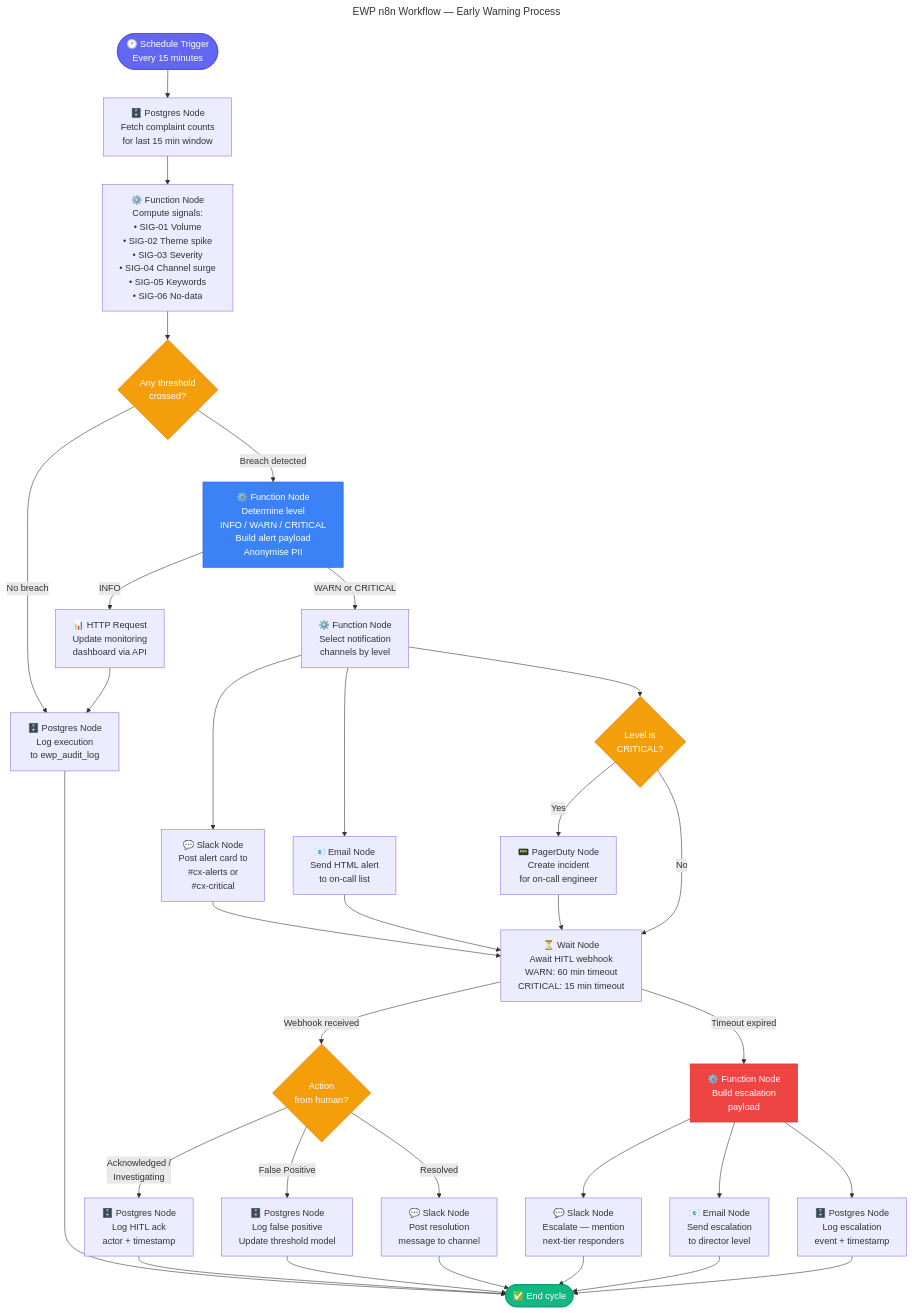
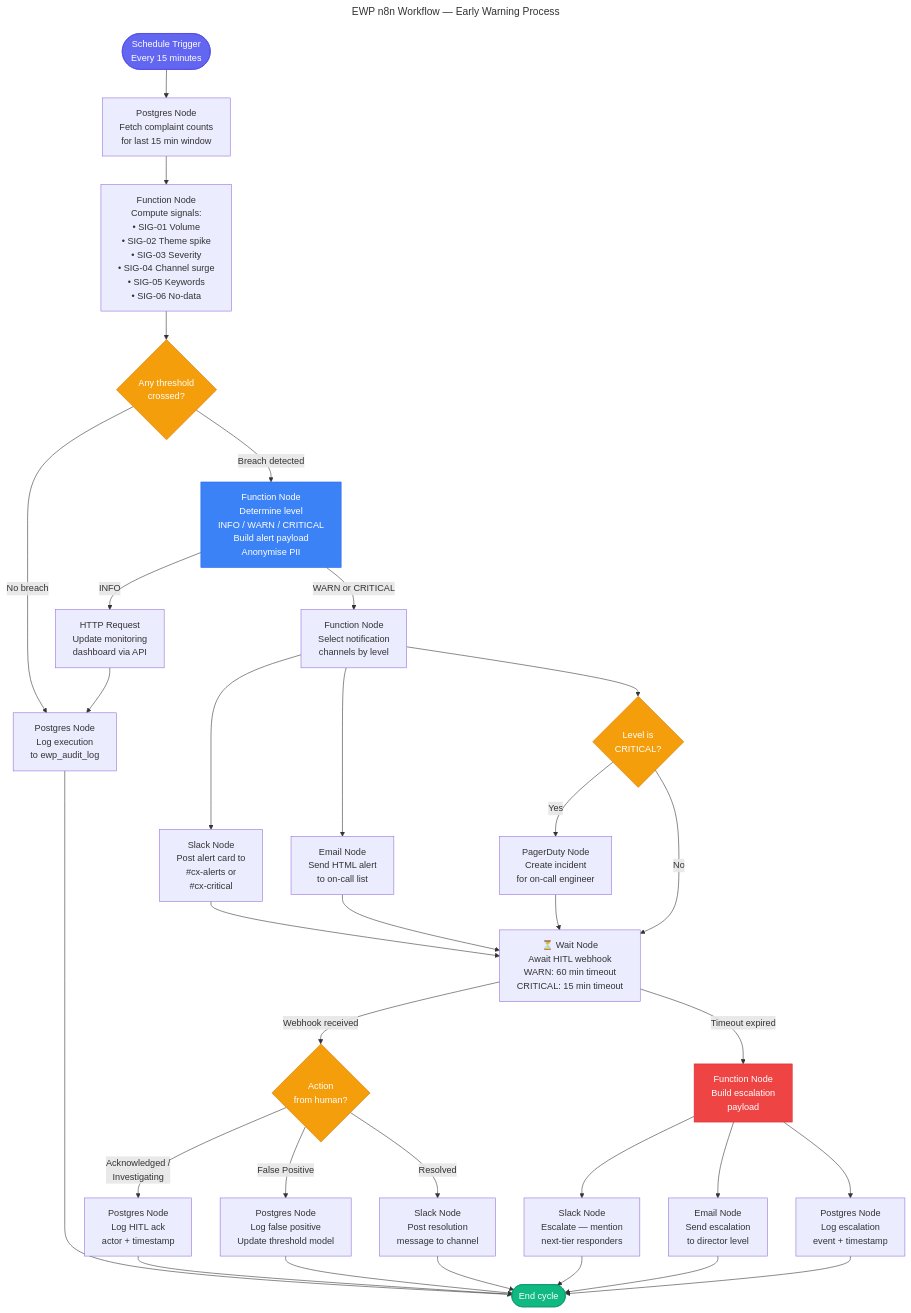
Before and after one commit to jk021227/cx-case-study: the diagram in 3_ewp_n8n_design/ewp_workflow.mmd, drawn with Mermaid. The commit also changed 11414 other files, not shown here.

```diff
--- a/3_ewp_n8n_design/ewp_workflow.mmd
+++ b/3_ewp_n8n_design/ewp_workflow.mmd
@@ -1,57 +1,57 @@
 ---
 title: EWP n8n Workflow — Early Warning Process
 ---
 flowchart TD
-    A([🕐 Schedule Trigger\nEvery 15 minutes]) --> B
+    A([Schedule Trigger\nEvery 15 minutes]) --> B
 
-    B[🗄️ Postgres Node\nFetch complaint counts\nfor last 15 min window] --> C
+    B[Postgres Node\nFetch complaint counts\nfor last 15 min window] --> C
 
-    C[⚙️ Function Node\nCompute signals:\n• SIG-01 Volume\n• SIG-02 Theme spike\n• SIG-03 Severity\n• SIG-04 Channel surge\n• SIG-05 Keywords\n• SIG-06 No-data] --> D
+    C[Function Node\nCompute signals:\n• SIG-01 Volume\n• SIG-02 Theme spike\n• SIG-03 Severity\n• SIG-04 Channel surge\n• SIG-05 Keywords\n• SIG-06 No-data] --> D
 
     D{Any threshold\ncrossed?}
 
-    D -- No breach --> E[🗄️ Postgres Node\nLog execution\nto ewp_audit_log]
-    E --> Z([✅ End cycle])
+    D -- No breach --> E[Postgres Node\nLog execution\nto ewp_audit_log]
+    E --> Z([End cycle])
 
-    D -- Breach detected --> F[⚙️ Function Node\nDetermine level\nINFO / WARN / CRITICAL\nBuild alert payload\nAnonymise PII]
+    D -- Breach detected --> F[Function Node\nDetermine level\nINFO / WARN / CRITICAL\nBuild alert payload\nAnonymise PII]
 
-    F -- INFO --> G[📊 HTTP Request\nUpdate monitoring\ndashboard via API]
+    F -- INFO --> G[HTTP Request\nUpdate monitoring\ndashboard via API]
     G --> E
 
-    F -- WARN or CRITICAL --> H[⚙️ Function Node\nSelect notification\nchannels by level]
+    F -- WARN or CRITICAL --> H[Function Node\nSelect notification\nchannels by level]
 
-    H --> I[💬 Slack Node\nPost alert card to\n#cx-alerts or\n#cx-critical]
-    H --> J[📧 Email Node\nSend HTML alert\nto on-call list]
+    H --> I[Slack Node\nPost alert card to\n#cx-alerts or\n#cx-critical]
+    H --> J[Email Node\nSend HTML alert\nto on-call list]
     H --> K_cond{Level is\nCRITICAL?}
-    K_cond -- Yes --> K[📟 PagerDuty Node\nCreate incident\nfor on-call engineer]
+    K_cond -- Yes --> K[PagerDuty Node\nCreate incident\nfor on-call engineer]
     K_cond -- No --> L
 
     I --> L[⏳ Wait Node\nAwait HITL webhook\nWARN: 60 min timeout\nCRITICAL: 15 min timeout]
     J --> L
     K --> L
 
     L -- Webhook received --> M{Action\nfrom human?}
-    L -- Timeout expired --> N[⚙️ Function Node\nBuild escalation\npayload]
+    L -- Timeout expired --> N[Function Node\nBuild escalation\npayload]
 
-    M -- Acknowledged /\nInvestigating --> O[🗄️ Postgres Node\nLog HITL ack\nactor + timestamp]
-    M -- False Positive --> P[🗄️ Postgres Node\nLog false positive\nUpdate threshold model]
-    M -- Resolved --> Q[💬 Slack Node\nPost resolution\nmessage to channel]
+    M -- Acknowledged /\nInvestigating --> O[Postgres Node\nLog HITL ack\nactor + timestamp]
+    M -- False Positive --> P[Postgres Node\nLog false positive\nUpdate threshold model]
+    M -- Resolved --> Q[Slack Node\nPost resolution\nmessage to channel]
 
-    N --> R[💬 Slack Node\nEscalate — mention\nnext-tier responders]
-    N --> S[📧 Email Node\nSend escalation\nto director level]
-    N --> T[🗄️ Postgres Node\nLog escalation\nevent + timestamp]
+    N --> R[Slack Node\nEscalate — mention\nnext-tier responders]
+    N --> S[Email Node\nSend escalation\nto director level]
+    N --> T[Postgres Node\nLog escalation\nevent + timestamp]
 
     O --> Z
     P --> Z
     Q --> Z
     R --> Z
     S --> Z
     T --> Z
 
     style A fill:#6366F1,color:#fff,stroke:#4F46E5
     style Z fill:#10B981,color:#fff,stroke:#059669
     style D fill:#F59E0B,color:#fff,stroke:#D97706
     style M fill:#F59E0B,color:#fff,stroke:#D97706
     style K_cond fill:#F59E0B,color:#fff,stroke:#D97706
     style F fill:#3B82F6,color:#fff,stroke:#2563EB
     style N fill:#EF4444,color:#fff,stroke:#DC2626
```
